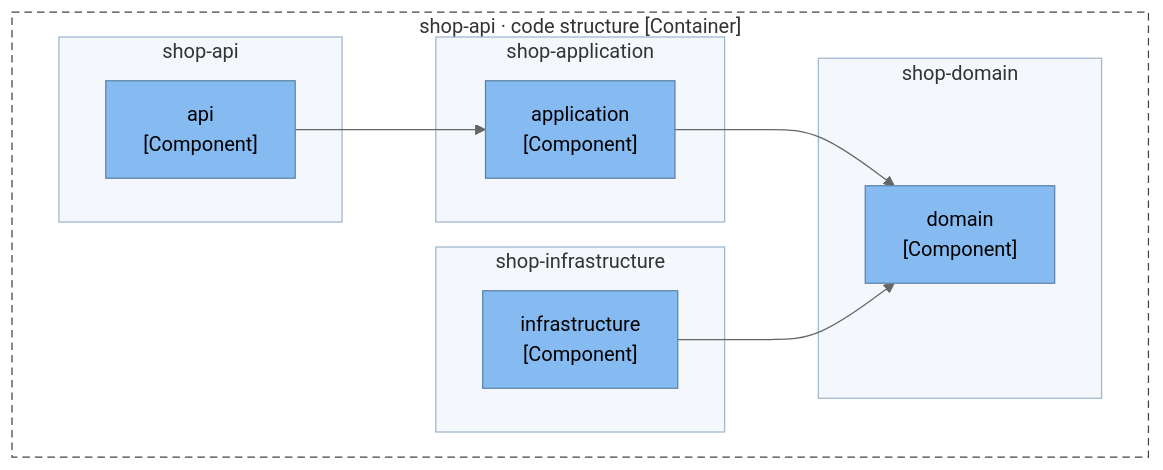
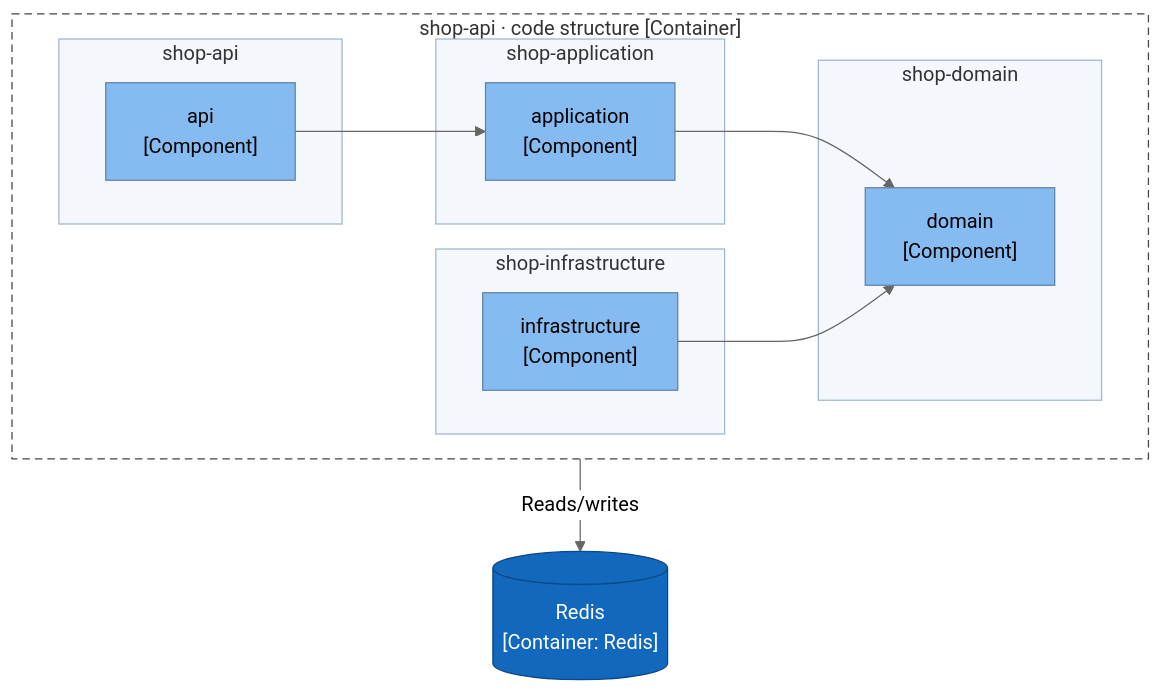
One commit to ythalorossy/architecture-skills changed the third of 4 diagrams in tests/golden/maven_layered/output/ArchitectureReport.md. Above: the diagram before and after it, drawn with Mermaid (neutral theme). The commit also changed 16 other files, not shown here.

````diff
--- a/tests/golden/maven_layered/output/ArchitectureReport.md
+++ b/tests/golden/maven_layered/output/ArchitectureReport.md
@@ -82,32 +82,35 @@
 ```mermaid
 flowchart TB
     subgraph boundary["shop-api · code structure [Container]"]
         subgraph module_shop_api["shop-api"]
             shop_api__api["api<br/>[Component]"]
         end
         subgraph module_shop_application["shop-application"]
             shop_application__application["application<br/>[Component]"]
         end
         subgraph module_shop_domain["shop-domain"]
             shop_domain__domain["domain<br/>[Component]"]
         end
         subgraph module_shop_infrastructure["shop-infrastructure"]
             shop_infrastructure__infrastructure["infrastructure<br/>[Component]"]
         end
     end
     shop_api__api --> shop_application__application
     shop_application__application --> shop_domain__domain
     shop_infrastructure__infrastructure --> shop_domain__domain
+    db_redis[("Redis<br/>[Container: Redis]")]
+    boundary -->|"Reads/writes"| db_redis
     classDef person fill:#08427b,stroke:#052e56,color:#ffffff
     classDef container fill:#1168bd,stroke:#0b4884,color:#ffffff
     classDef system fill:#1168bd,stroke:#0b4884,color:#ffffff
     classDef component fill:#85bbf0,stroke:#5d82a8,color:#000000
     classDef external fill:#999999,stroke:#6b6b6b,color:#ffffff
     classDef shared fill:#dbe9f6,stroke:#5d82a8,color:#000000,stroke-dasharray:4 3
     class shop_api__api,shop_application__application,shop_domain__domain,shop_infrastructure__infrastructure component
+    class db_redis container
     style boundary fill:none,stroke:#444444,stroke-dasharray:6 4
     style module_shop_api fill:#f4f8fc,stroke:#9fb6cc
     style module_shop_application fill:#f4f8fc,stroke:#9fb6cc
     style module_shop_domain fill:#f4f8fc,stroke:#9fb6cc
     style module_shop_infrastructure fill:#f4f8fc,stroke:#9fb6cc
 ```
````
